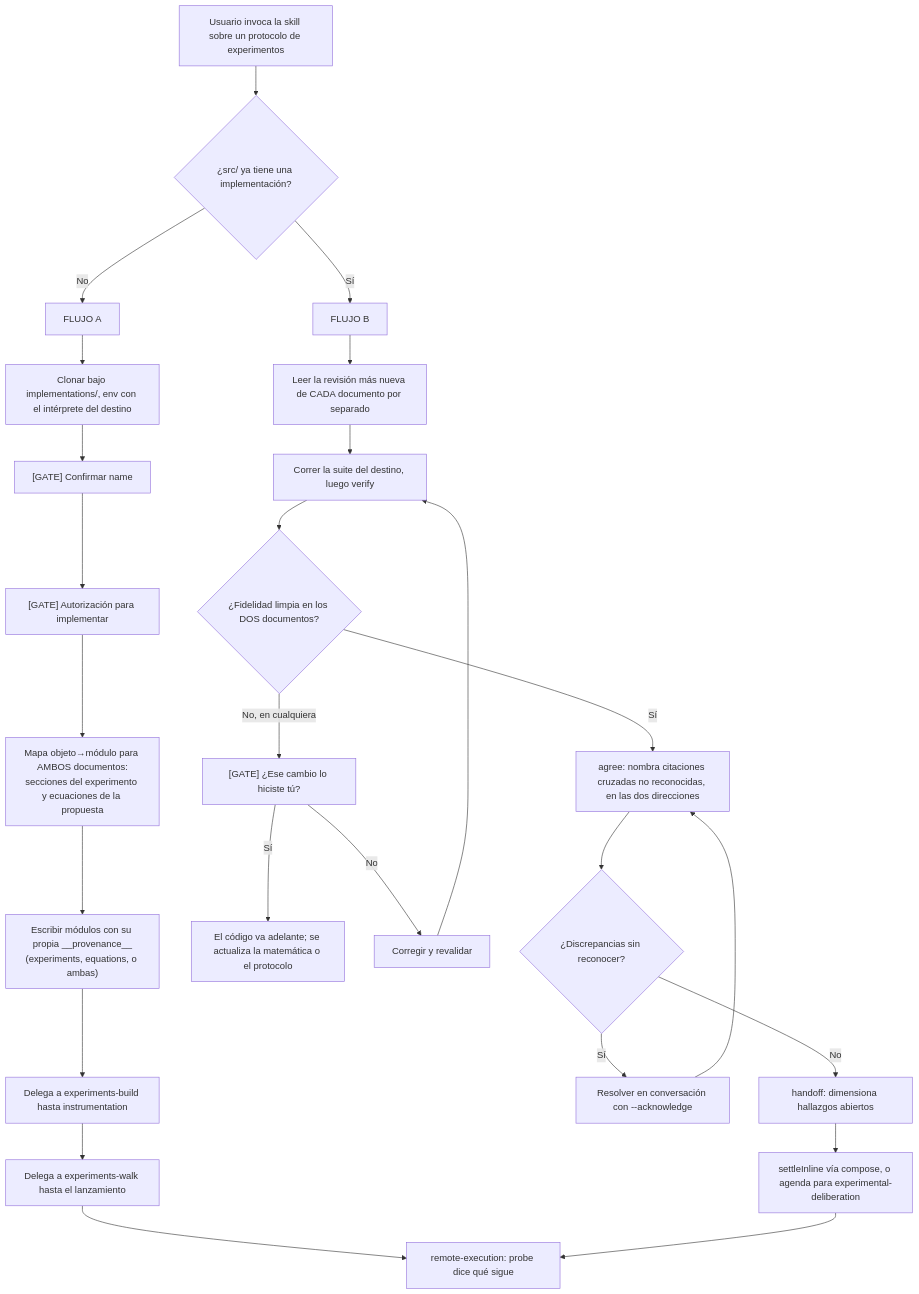
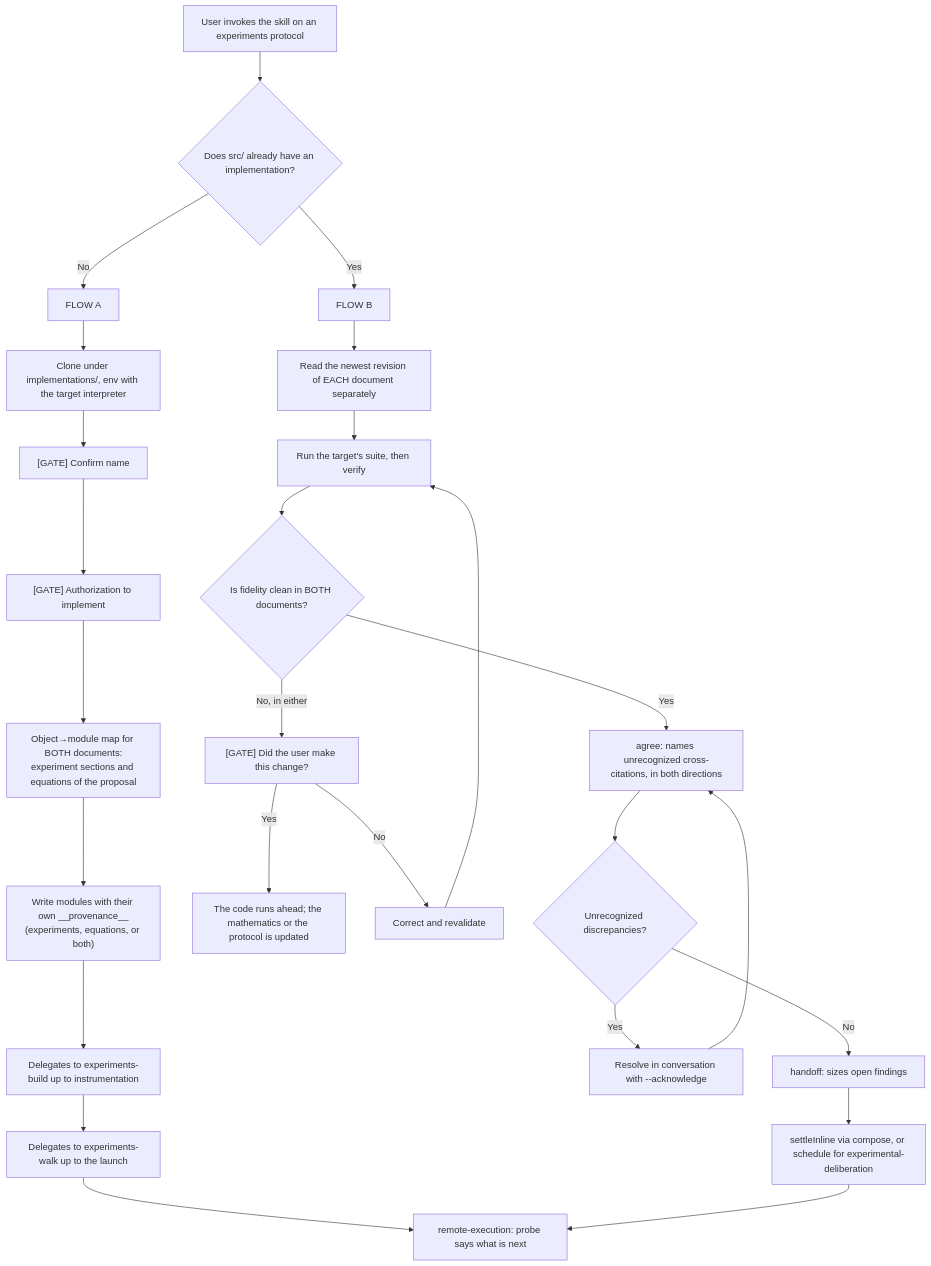
The sixth of 10 diagrams in README.md (AndresCdo/papersmith-ai), drawn with Mermaid before and after one commit. The commit also changed other lines of this file, not shown here.

First line of the commit message:
docs(readme): the experimental-implementation anatomy speaks English

````diff
--- a/README.md
+++ b/README.md
@@ -2241,31 +2241,31 @@
 ```mermaid
 flowchart TD
-    A["Usuario invoca la skill sobre un protocolo de experimentos"] --> B{"¿src/ ya tiene una implementación?"}
-    B -- No --> C["FLUJO A"]
-    B -- Sí --> D["FLUJO B"]
+    A["User invokes the skill on an experiments protocol"] --> B{"Does src/ already have an implementation?"}
+    B -- No --> C["FLOW A"]
+    B -- Yes --> D["FLOW B"]
 
-    C --> C1["Clonar bajo implementations/, env con el intérprete del destino"]
-    C1 --> C2["[GATE] Confirmar name"]
-    C2 --> C3["[GATE] Autorización para implementar"]
-    C3 --> C4["Mapa objeto→módulo para AMBOS documentos:<br/>secciones del experimento y ecuaciones de la propuesta"]
-    C4 --> C5["Escribir módulos con su propia __provenance__<br/>(experiments, equations, o ambas)"]
-    C5 --> C6["Delega a experiments-build hasta instrumentation"]
-    C6 --> C7["Delega a experiments-walk hasta el lanzamiento"]
+    C --> C1["Clone under implementations/, env with the target interpreter"]
+    C1 --> C2["[GATE] Confirm name"]
+    C2 --> C3["[GATE] Authorization to implement"]
+    C3 --> C4["Object→module map for BOTH documents:<br/>experiment sections and equations of the proposal"]
+    C4 --> C5["Write modules with their own __provenance__<br/>(experiments, equations, or both)"]
+    C5 --> C6["Delegates to experiments-build up to instrumentation"]
+    C6 --> C7["Delegates to experiments-walk up to the launch"]
 
-    D --> D1["Leer la revisión más nueva de CADA documento por separado"]
-    D1 --> D2["Correr la suite del destino, luego verify"]
-    D2 --> D3{"¿Fidelidad limpia en los DOS documentos?"}
-    D3 -- No, en cualquiera --> D4["[GATE] ¿Ese cambio lo hiciste tú?"]
-    D4 -- Sí --> D5["El código va adelante; se actualiza la matemática o el protocolo"]
-    D4 -- No --> D6["Corregir y revalidar"]
+    D --> D1["Read the newest revision of EACH document separately"]
+    D1 --> D2["Run the target's suite, then verify"]
+    D2 --> D3{"Is fidelity clean in BOTH documents?"}
+    D3 -- No, in either --> D4["[GATE] Did the user make this change?"]
+    D4 -- Yes --> D5["The code runs ahead; the mathematics or the protocol is updated"]
+    D4 -- No --> D6["Correct and revalidate"]
     D6 --> D2
-    D3 -- Sí --> D7["agree: nombra citaciones cruzadas no reconocidas, en las dos direcciones"]
-    D7 --> D8{"¿Discrepancias sin reconocer?"}
-    D8 -- Sí --> D9["Resolver en conversación con --acknowledge"]
+    D3 -- Yes --> D7["agree: names unrecognized cross-citations, in both directions"]
+    D7 --> D8{"Unrecognized discrepancies?"}
+    D8 -- Yes --> D9["Resolve in conversation with --acknowledge"]
     D9 --> D7
-    D8 -- No --> D10["handoff: dimensiona hallazgos abiertos"]
-    D10 --> D11["settleInline vía compose, o agenda para experimental-deliberation"]
+    D8 -- No --> D10["handoff: sizes open findings"]
+    D10 --> D11["settleInline via compose, or schedule for experimental-deliberation"]
 
-    C7 --> E["remote-execution: probe dice qué sigue"]
+    C7 --> E["remote-execution: probe says what is next"]
     D11 --> E
 ```
````
